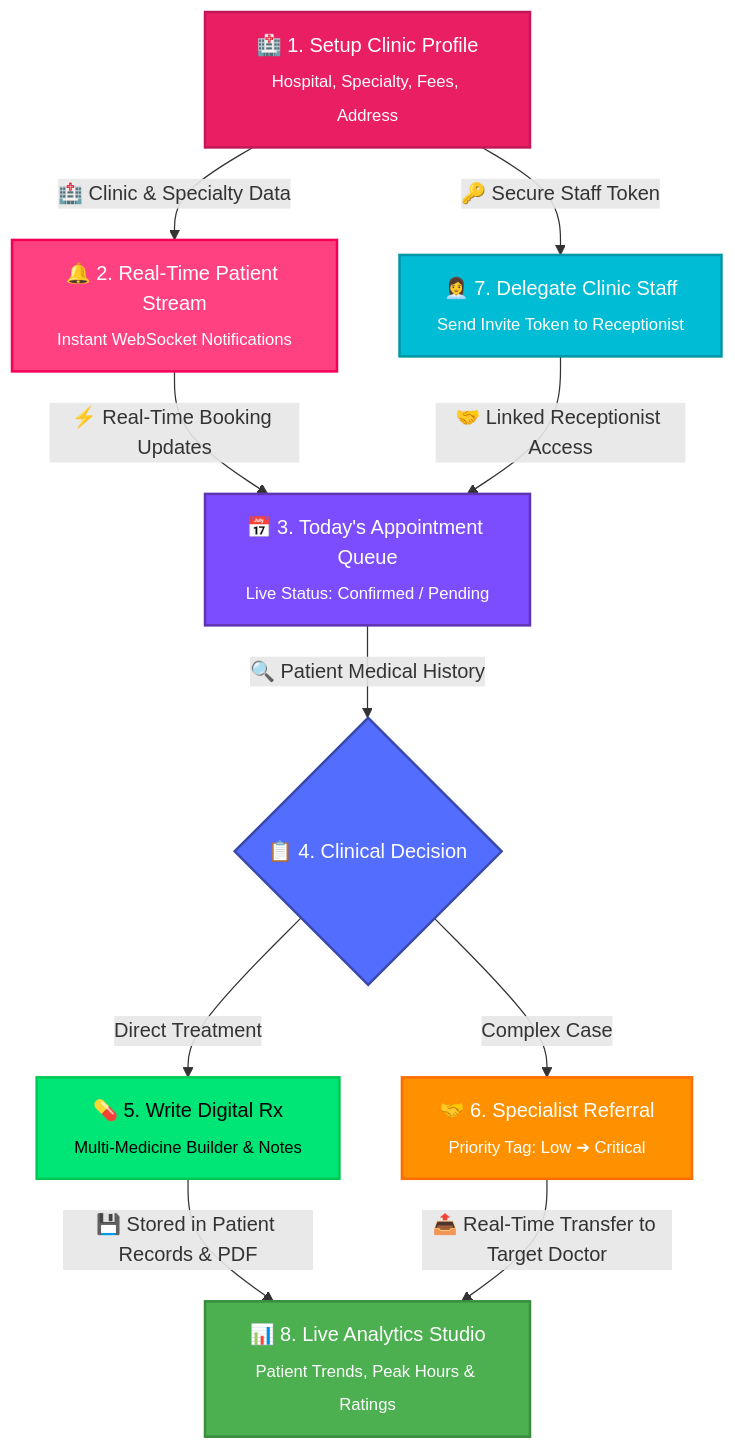
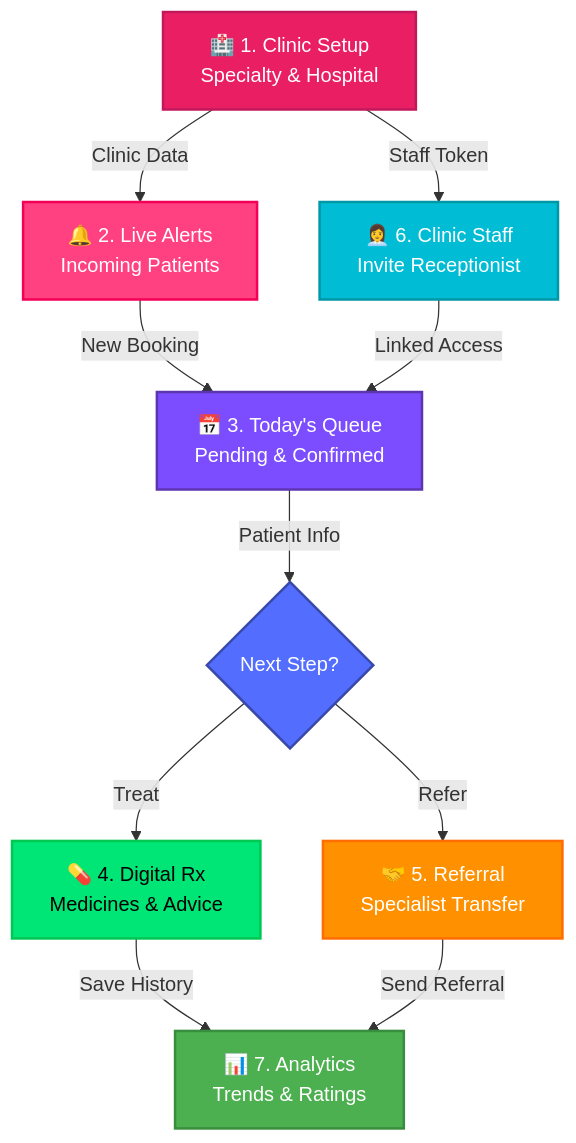
The second of 6 diagrams in README.md (manikant1446/MedZoo), drawn with Mermaid before and after one commit. The commit also changed other lines of this file, not shown here.

````diff
--- a/README.md
+++ b/README.md
@@ -153,30 +153,30 @@
 ```mermaid
 flowchart TD
-    A["🏥 1. Setup Clinic Profile<br/><sub>Hospital, Specialty, Fees, Address</sub>"]
-    B["🔔 2. Real-Time Patient Stream<br/><sub>Instant WebSocket Notifications</sub>"]
-    C["📅 3. Today's Appointment Queue<br/><sub>Live Status: Confirmed / Pending</sub>"]
-    D{"📋 4. Clinical Decision"}
-    D1["💊 5. Write Digital Rx<br/><sub>Multi-Medicine Builder & Notes</sub>"]
-    D2["🤝 6. Specialist Referral<br/><sub>Priority Tag: Low ➔ Critical</sub>"]
-    E["👩‍💼 7. Delegate Clinic Staff<br/><sub>Send Invite Token to Receptionist</sub>"]
-    F["📊 8. Live Analytics Studio<br/><sub>Patient Trends, Peak Hours & Ratings</sub>"]
+    A["🏥 1. Clinic Setup<br/>Specialty & Hospital"]
+    B["🔔 2. Live Alerts<br/>Incoming Patients"]
+    C["📅 3. Today's Queue<br/>Pending & Confirmed"]
+    D{"Next Step?"}
+    D1["💊 4. Digital Rx<br/>Medicines & Advice"]
+    D2["🤝 5. Referral<br/>Specialist Transfer"]
+    E["👩‍💼 6. Clinic Staff<br/>Invite Receptionist"]
+    F["📊 7. Analytics<br/>Trends & Ratings"]
 
-    A -->|"🏥 Clinic & Specialty Data"| B
-    B -->|"⚡ Real-Time Booking Updates"| C
-    C -->|"🔍 Patient Medical History"| D
-    D -->|"Direct Treatment"| D1
-    D -->|"Complex Case"| D2
-    D1 -->|"💾 Stored in Patient Records & PDF"| F
-    D2 -->|"📤 Real-Time Transfer to Target Doctor"| F
-    A -->|"🔑 Secure Staff Token"| E
-    E -->|"🤝 Linked Receptionist Access"| C
+    A -->|"Clinic Data"| B
+    B -->|"New Booking"| C
+    C -->|"Patient Info"| D
+    D -->|"Treat"| D1
+    D -->|"Refer"| D2
+    D1 -->|"Save History"| F
+    D2 -->|"Send Referral"| F
+    A -->|"Staff Token"| E
+    E -->|"Linked Access"| C
 
     style A fill:#E91E63,color:#fff,stroke:#C2185B,stroke-width:2px
     style B fill:#FF4081,color:#fff,stroke:#F50057,stroke-width:2px
     style C fill:#7C4DFF,color:#fff,stroke:#5E35B1,stroke-width:2px
     style D fill:#536DFE,color:#fff,stroke:#3949AB,stroke-width:2px
     style D1 fill:#00E676,color:#000,stroke:#00C853,stroke-width:2px
     style D2 fill:#FF9100,color:#fff,stroke:#FF6D00,stroke-width:2px
     style E fill:#00BCD4,color:#fff,stroke:#0097A7,stroke-width:2px
     style F fill:#4CAF50,color:#fff,stroke:#388E3C,stroke-width:2px
 ```
````
